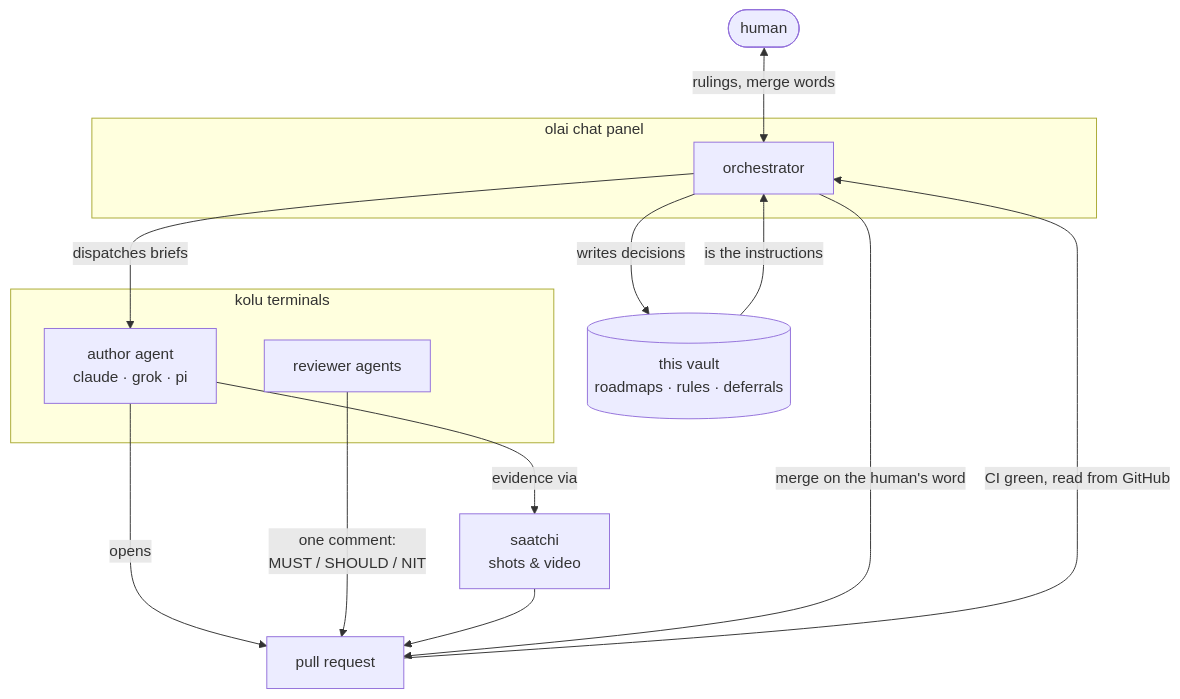
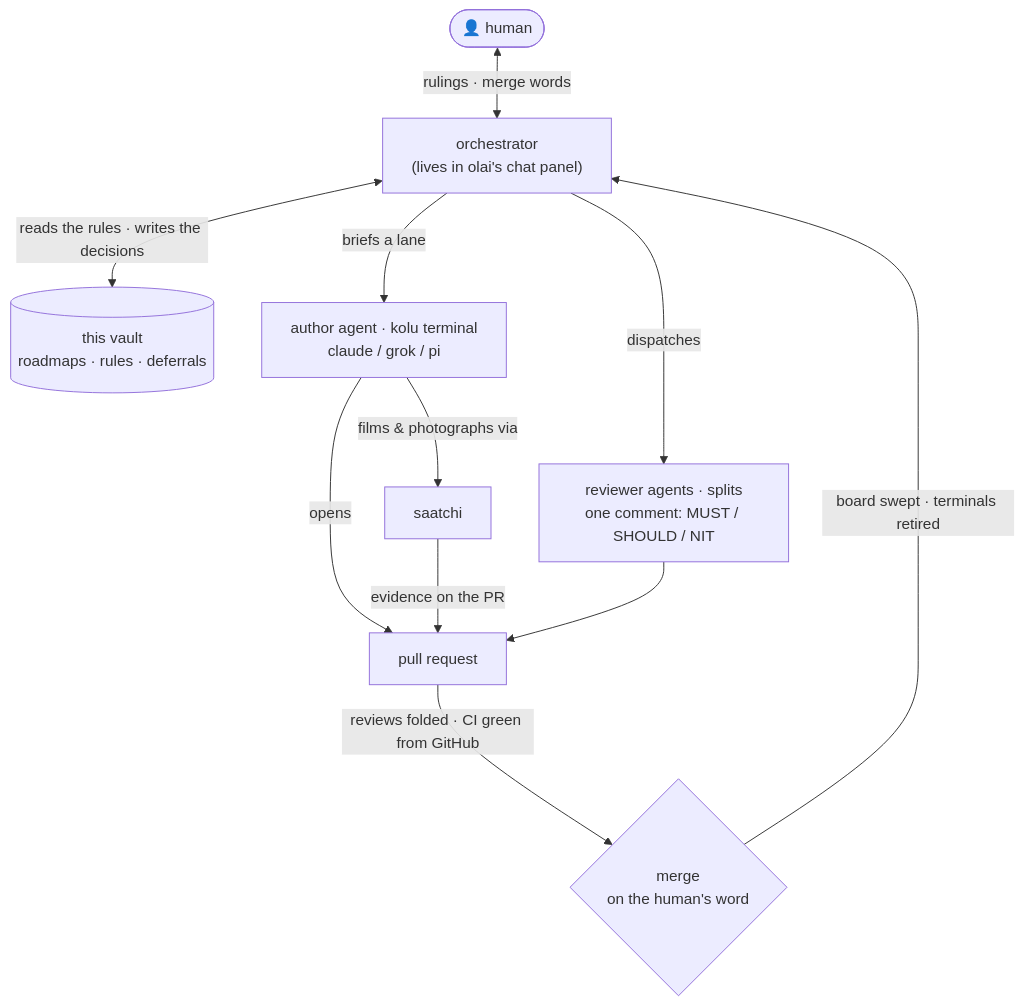
The diagram in README.md (juspay/oss.olai), drawn with Mermaid before and after one commit.

Commit message:
olai: README diagram restructured to a clean vertical chain — the subgraph boxes and long return arcs that made the render sprawl are gone; one loop, top to bottom and back
X-Olai-Writer: chat-agent

````diff
--- a/README.md
+++ b/README.md
@@ -11,24 +11,13 @@
 ```mermaid
 flowchart TD
-    H([human]) <-->|rulings, merge words| O
-
-    subgraph olai chat panel
-        O[orchestrator]
-    end
-
-    O -->|writes decisions| B[(this vault<br/>roadmaps · rules · deferrals)]
-    B -->|is the instructions| O
-
-    O -->|dispatches briefs| A
-    subgraph kolu terminals
-        A[author agent<br/>claude · grok · pi]
-        R[reviewer agents]
-    end
-
-    A -->|opens| PR[pull request]
-    R -->|one comment:<br/>MUST / SHOULD / NIT| PR
-    A -->|evidence via| S[saatchi<br/>shots & video]
-    S --> PR
-    PR -->|CI green, read from GitHub| O
-    O -->|merge on the human's word| PR
+    H([👤 human]) <-- rulings · merge words --> O["orchestrator<br/>(lives in olai's chat panel)"]
+    O <-- reads the rules · writes the decisions --> V[("this vault<br/>roadmaps · rules · deferrals")]
+    O -- briefs a lane --> A["author agent · kolu terminal<br/>claude / grok / pi"]
+    A -- opens --> PR[pull request]
+    A -- films & photographs via --> S[saatchi]
+    S -- evidence on the PR --> PR
+    O -- dispatches --> R["reviewer agents · splits<br/>one comment: MUST / SHOULD / NIT"]
+    R --> PR
+    PR -- reviews folded · CI green from GitHub --> M{"merge<br/>on the human's word"}
+    M -- board swept · terminals retired --> O
 ```
````
